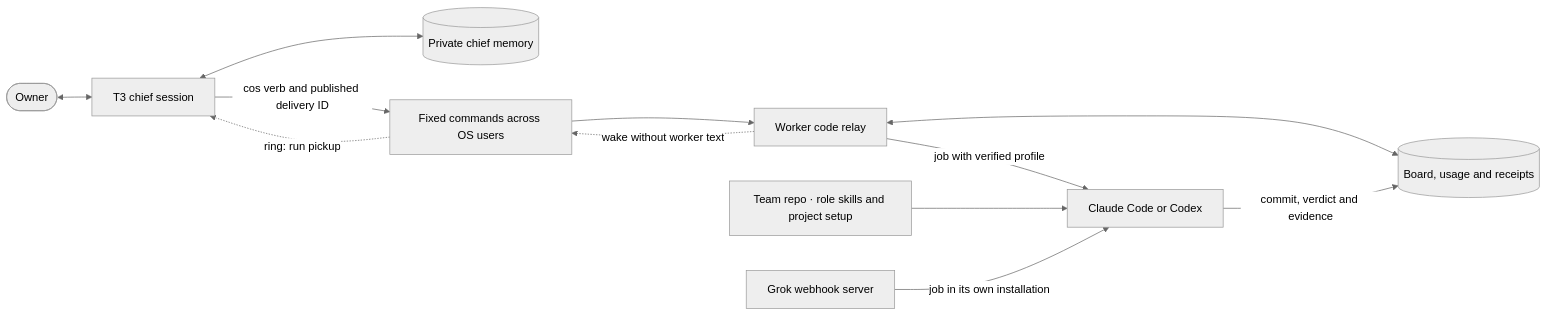
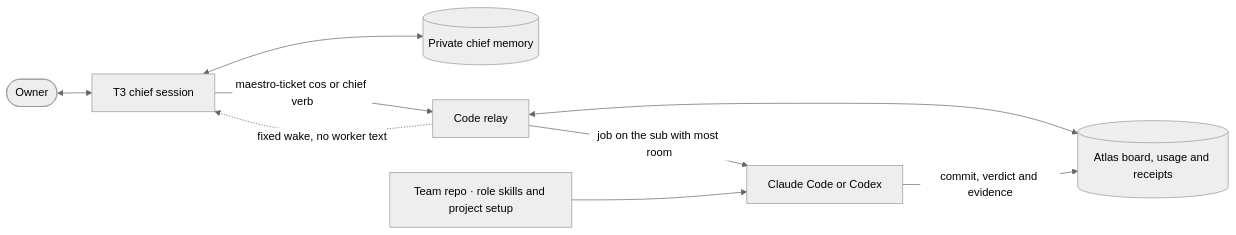
The diagram in docs/bot-anatomy.mermaid (ProlesDei/maestro), drawn with Mermaid (neutral theme) before and after one commit. The commit also changed 80 other files, not shown here.

```diff
--- a/docs/bot-anatomy.mermaid
+++ b/docs/bot-anatomy.mermaid
@@ -1,12 +1,9 @@
 flowchart LR
     Owner([Owner]) <--> Chief["T3 chief session"]
     Chief <--> Private[("Private chief memory")]
-    Chief -->|"cos verb and published delivery ID"| Door["Fixed commands across OS users"]
-    Door --> Relay["Worker code relay"]
-    Relay -.->|"wake without worker text"| Door
-    Door -.->|"ring: run pickup"| Chief
-    Relay <--> Board[("Board, usage and receipts")]
-    Relay -->|"job with verified profile"| Harness["Claude Code or Codex"]
+    Chief -->|"maestro-ticket cos or chief verb"| Relay["Code relay"]
+    Relay -.->|"fixed wake, no worker text"| Chief
+    Relay <--> Board[("Atlas board, usage and receipts")]
+    Relay -->|"job on the sub with most room"| Harness["Claude Code or Codex"]
     Repo["Team repo · role skills and project setup"] --> Harness
     Harness -->|"commit, verdict and evidence"| Board
-    Hook["Grok webhook server"] -->|"job in its own installation"| Harness
```
